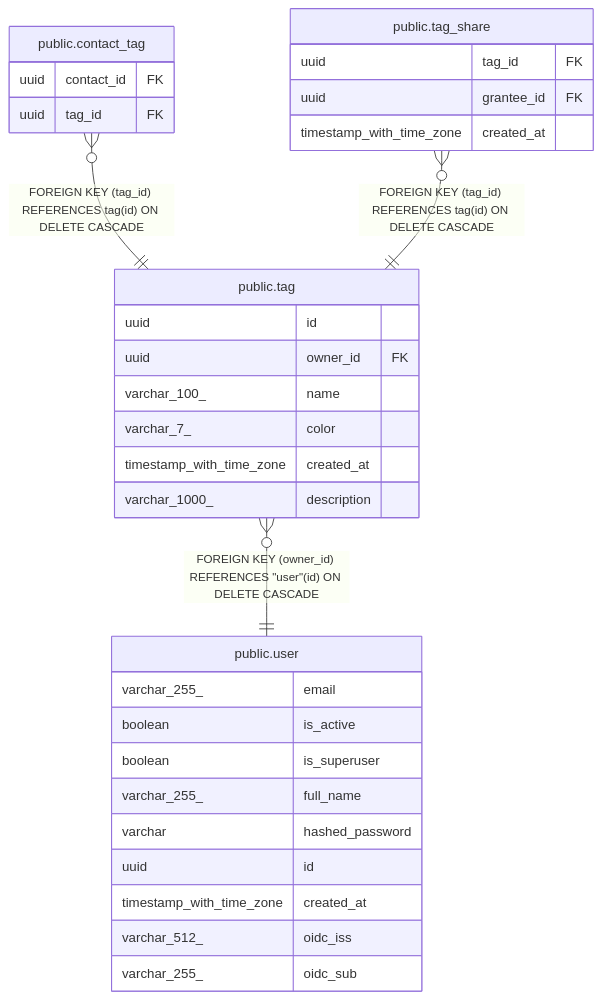
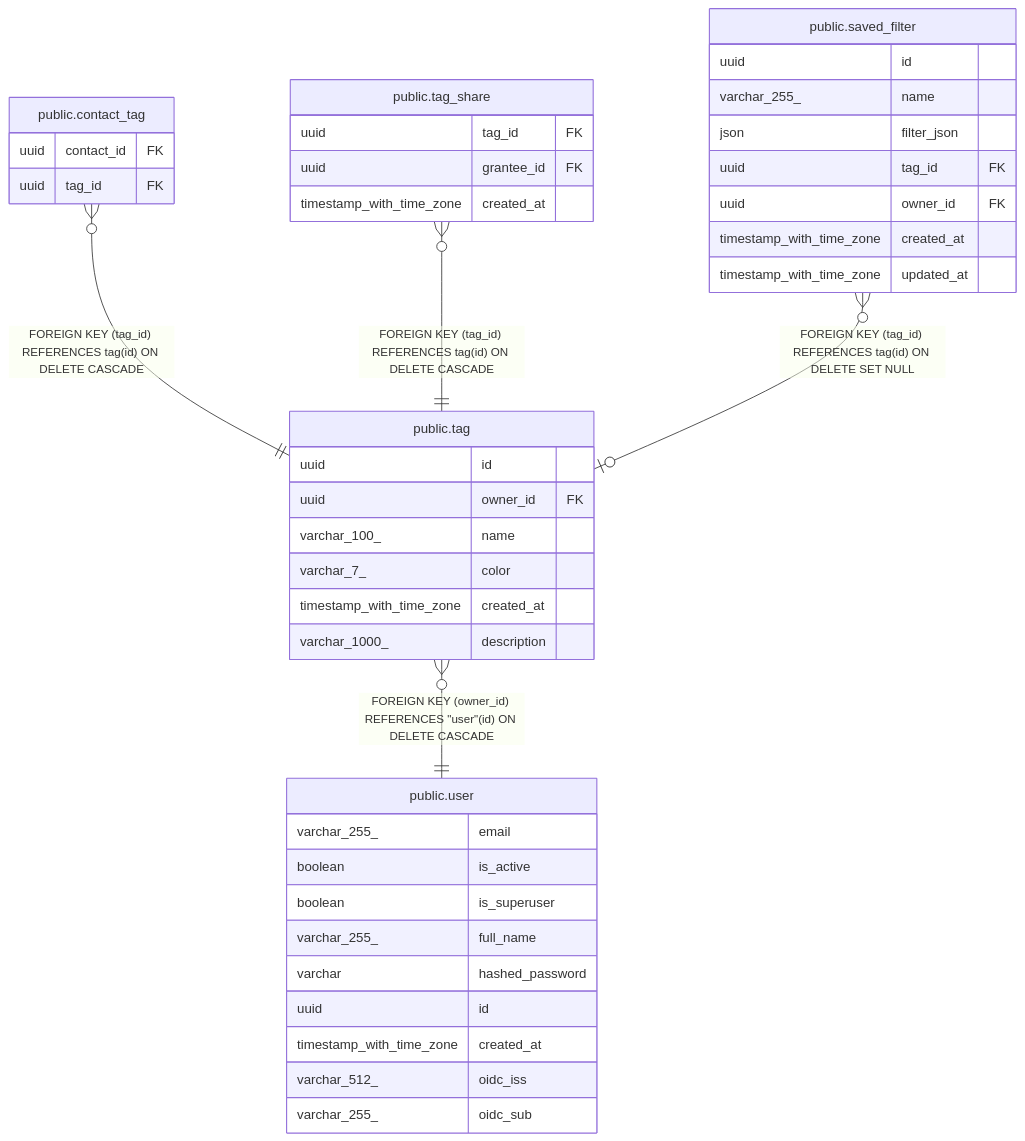
The diagram in docs/db/public.tag.md (pike00/Kindred), drawn with Mermaid before and after one commit. The commit also changed other lines of this file and 32 other files, not shown here.

Commit message:
docs: regenerate db schema docs (tbls) — sync with live schema

````diff
--- a/docs/db/public.tag.md
+++ b/docs/db/public.tag.md
@@ -38,36 +38,46 @@
 ```mermaid
 erDiagram
 
 "public.contact_tag" }o--|| "public.tag" : "FOREIGN KEY (tag_id) REFERENCES tag(id) ON DELETE CASCADE"
 "public.tag_share" }o--|| "public.tag" : "FOREIGN KEY (tag_id) REFERENCES tag(id) ON DELETE CASCADE"
+"public.saved_filter" }o--o| "public.tag" : "FOREIGN KEY (tag_id) REFERENCES tag(id) ON DELETE SET NULL"
 "public.tag" }o--|| "public.user" : "FOREIGN KEY (owner_id) REFERENCES #quot;user#quot;(id) ON DELETE CASCADE"
 
 "public.tag" {
   uuid id
   uuid owner_id FK
   varchar_100_ name
   varchar_7_ color
   timestamp_with_time_zone created_at
   varchar_1000_ description
 }
 "public.contact_tag" {
   uuid contact_id FK
   uuid tag_id FK
 }
 "public.tag_share" {
   uuid tag_id FK
   uuid grantee_id FK
   timestamp_with_time_zone created_at
 }
+"public.saved_filter" {
+  uuid id
+  varchar_255_ name
+  json filter_json
+  uuid tag_id FK
+  uuid owner_id FK
+  timestamp_with_time_zone created_at
+  timestamp_with_time_zone updated_at
+}
 "public.user" {
   varchar_255_ email
   boolean is_active
   boolean is_superuser
   varchar_255_ full_name
   varchar hashed_password
   uuid id
   timestamp_with_time_zone created_at
   varchar_512_ oidc_iss
   varchar_255_ oidc_sub
 }
 ```
````
